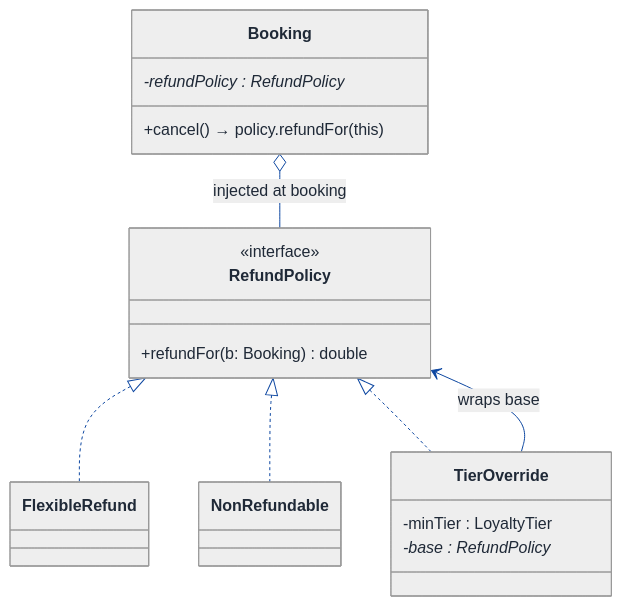
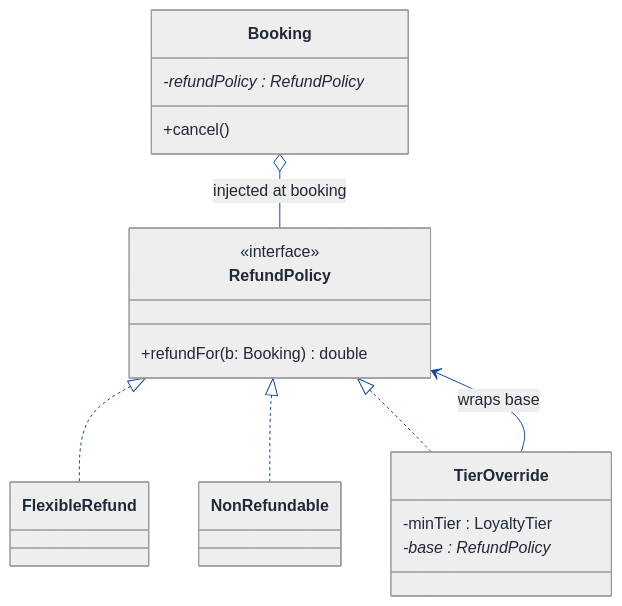
The second of 5 diagrams in LLD/Topics/Object_Oriented_Design/Hotel_Booking_System.md (Prateek-5/question-bank), drawn with Mermaid before and after one commit. The commit also changed other lines of this file and 61 other files, not shown here.

First line of the commit message:
Fix invalid mermaid classDiagram member syntax across LLD walkthroughs

````diff
--- a/LLD/Topics/Object_Oriented_Design/Hotel_Booking_System.md
+++ b/LLD/Topics/Object_Oriented_Design/Hotel_Booking_System.md
@@ -451,55 +451,55 @@
 ```mermaid
 ---
 config:
   theme: neutral
   themeVariables:
     background: '#ffffff'
     primaryColor: '#cfe2ff'
     primaryTextColor: '#1f2937'
     primaryBorderColor: '#084298'
     secondaryColor: '#fff3cd'
     secondaryTextColor: '#1f2937'
     secondaryBorderColor: '#664d03'
     tertiaryColor: '#d1e7dd'
     tertiaryTextColor: '#1f2937'
     tertiaryBorderColor: '#0a3622'
     lineColor: '#0d47a1'
     textColor: '#1f2937'
     noteBkgColor: '#fff3cd'
     noteTextColor: '#1f2937'
     noteBorderColor: '#997404'
     actorBkg: '#cfe2ff'
     actorBorder: '#084298'
     actorTextColor: '#1f2937'
     signalColor: '#0d47a1'
     signalTextColor: '#1f2937'
     labelBoxBkgColor: '#ffffff'
     labelBoxBorderColor: '#d3d3d3'
     labelTextColor: '#1f2937'
     edgeLabelBackground: '#ffffff'
     labelBackground: '#ffffff'
     classText: '#1f2937'
     fontFamily: 'system-ui, -apple-system, Segoe UI, Helvetica, Arial, sans-serif'
 ---
 classDiagram
   direction TB
   class Booking {
     -refundPolicy : RefundPolicy*
-    +cancel() → policy.refundFor(this)
+    +cancel()
   }
   class RefundPolicy {
     <<interface>>
     +refundFor(b: Booking) double
   }
   class FlexibleRefund
   class NonRefundable
   class TierOverride {
     -minTier : LoyaltyTier
     -base : RefundPolicy*
   }
   Booking o-- RefundPolicy : injected at booking
   RefundPolicy <|.. FlexibleRefund
   RefundPolicy <|.. NonRefundable
   RefundPolicy <|.. TierOverride
   TierOverride --> RefundPolicy : wraps base
 ```
````
